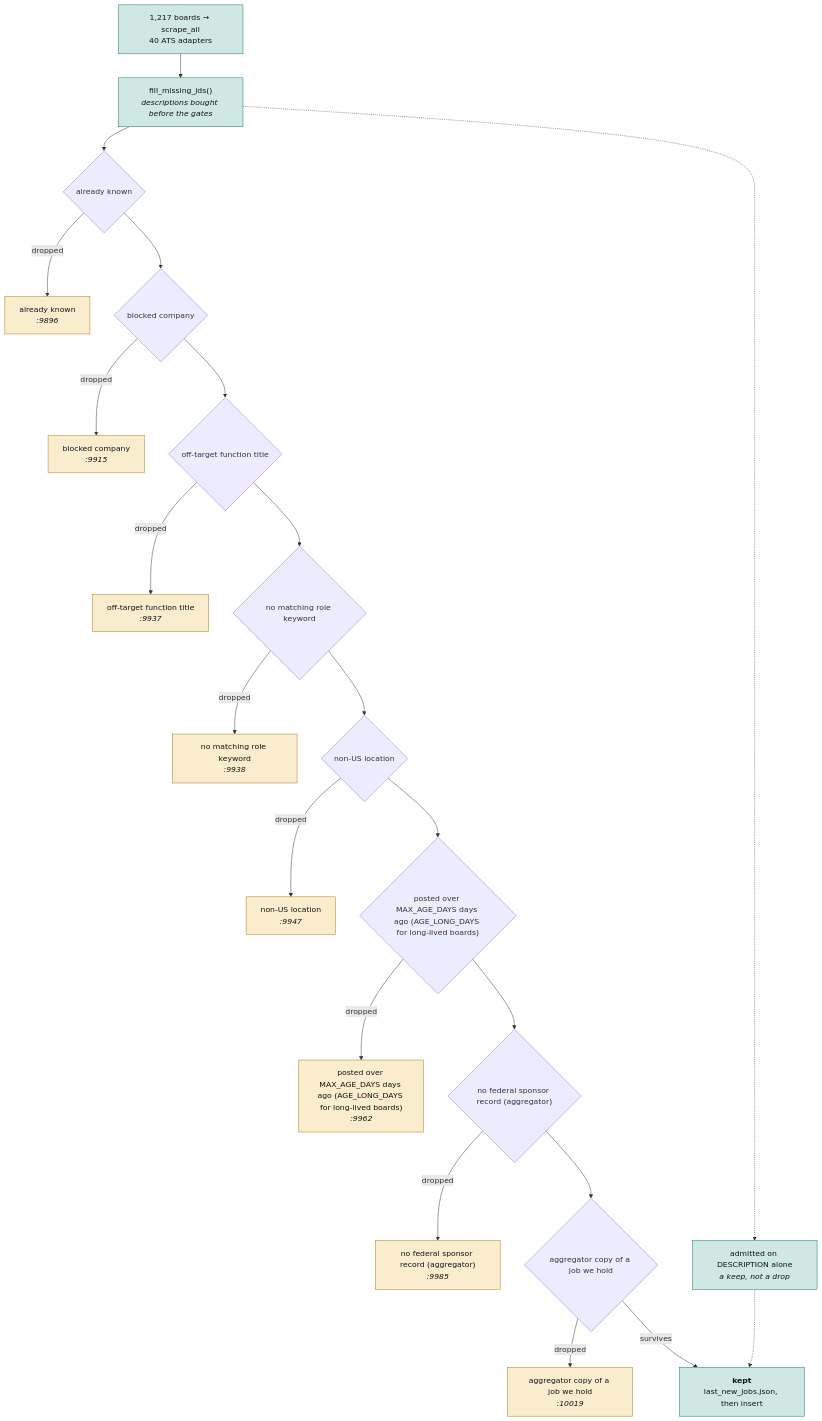
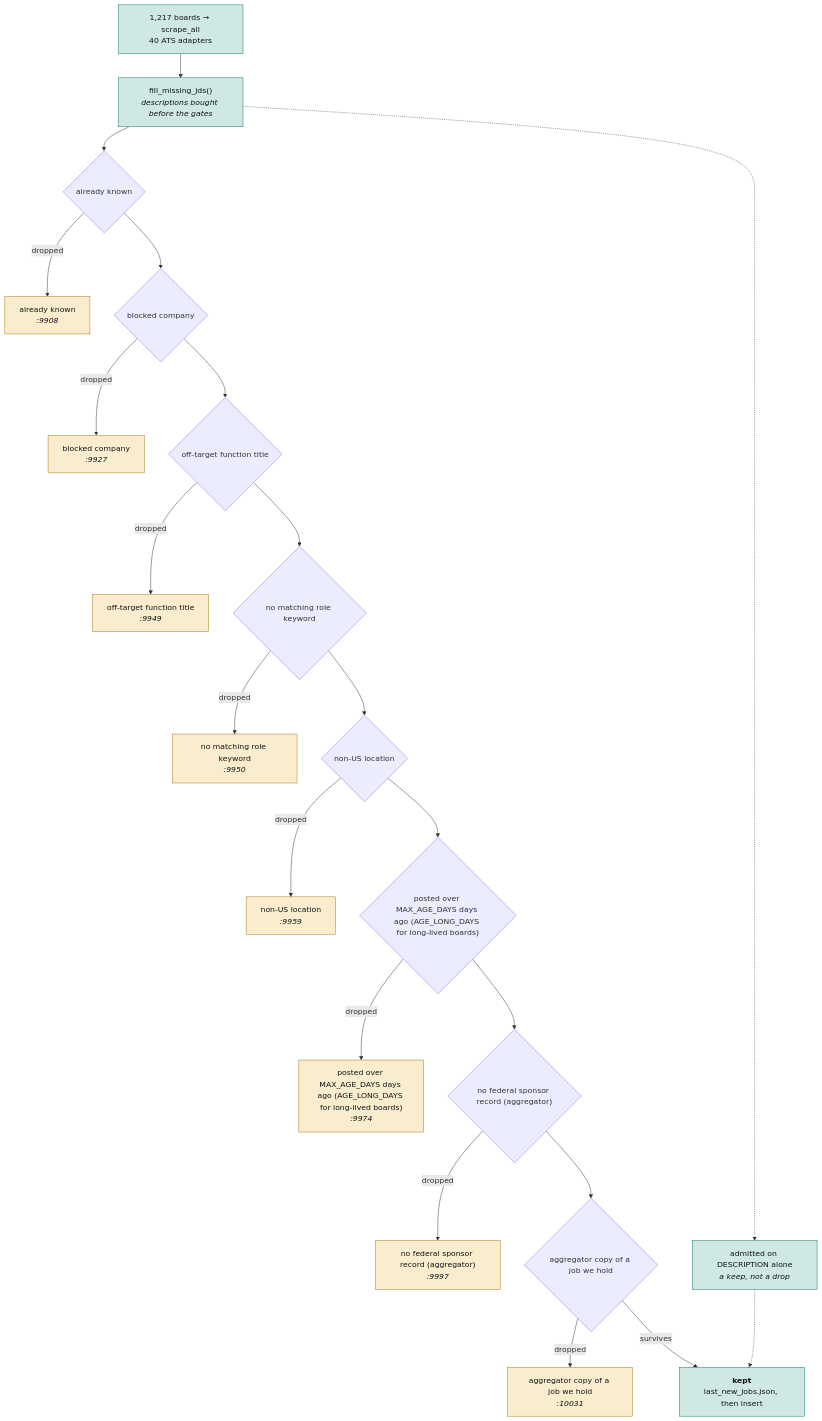
One commit to hadakunal909-debug/job-search-tool changed the second of 4 diagrams in JobMatch Scraper/docs/ARCHITECTURE.md. Above: the diagram before and after it, drawn with Mermaid. The commit also changed other lines of this file and 8 other files, not shown here.

````diff
--- a/JobMatch Scraper/docs/ARCHITECTURE.md
+++ b/JobMatch Scraper/docs/ARCHITECTURE.md
@@ -106,54 +106,54 @@
 ```mermaid
 flowchart TB
   SRC["1,217 boards → scrape_all<br/>40 ATS adapters"]
   JD["fill_missing_jds()<br/><i>descriptions bought before the gates</i>"]
   SRC --> JD
   G0{"already known"}
-  D0["already known<br/><i>:9896</i>"]
+  D0["already known<br/><i>:9908</i>"]
   JD --> G0
   G0 -->|dropped| D0
   class D0 trap
   G1{"blocked company"}
-  D1["blocked company<br/><i>:9915</i>"]
+  D1["blocked company<br/><i>:9927</i>"]
   G0 --> G1
   G1 -->|dropped| D1
   class D1 trap
   G2{"off-target function title"}
-  D2["off-target function title<br/><i>:9937</i>"]
+  D2["off-target function title<br/><i>:9949</i>"]
   G1 --> G2
   G2 -->|dropped| D2
   class D2 trap
   G3{"no matching role keyword"}
-  D3["no matching role keyword<br/><i>:9938</i>"]
+  D3["no matching role keyword<br/><i>:9950</i>"]
   G2 --> G3
   G3 -->|dropped| D3
   class D3 trap
   G4{"non-US location"}
-  D4["non-US location<br/><i>:9947</i>"]
+  D4["non-US location<br/><i>:9959</i>"]
   G3 --> G4
   G4 -->|dropped| D4
   class D4 trap
   G5{"posted over MAX_AGE_DAYS days ago (AGE_LONG_DAYS for long-lived boards)"}
-  D5["posted over MAX_AGE_DAYS days ago (AGE_LONG_DAYS for long-lived boards)<br/><i>:9962</i>"]
+  D5["posted over MAX_AGE_DAYS days ago (AGE_LONG_DAYS for long-lived boards)<br/><i>:9974</i>"]
   G4 --> G5
   G5 -->|dropped| D5
   class D5 trap
   G6{"no federal sponsor record (aggregator)"}
-  D6["no federal sponsor record (aggregator)<br/><i>:9985</i>"]
+  D6["no federal sponsor record (aggregator)<br/><i>:9997</i>"]
   G5 --> G6
   G6 -->|dropped| D6
   class D6 trap
   G7{"aggregator copy of a job we hold"}
-  D7["aggregator copy of a job we hold<br/><i>:10019</i>"]
+  D7["aggregator copy of a job we hold<br/><i>:10031</i>"]
   G6 --> G7
   G7 -->|dropped| D7
   class D7 trap
   KEEP["<b>kept</b><br/>last_new_jobs.json, then insert"]
   G7 -->|survives| KEEP
   RESCUE["admitted on DESCRIPTION alone<br/><i>a keep, not a drop</i>"]
   JD -.-> RESCUE
   RESCUE -.-> KEEP
   classDef trap fill:#f9edcd,stroke:#a8781a,color:#101319
   classDef sched fill:#cfe8e3,stroke:#0f766e,color:#101319
   class SRC,JD,KEEP,RESCUE sched
 ```
````
